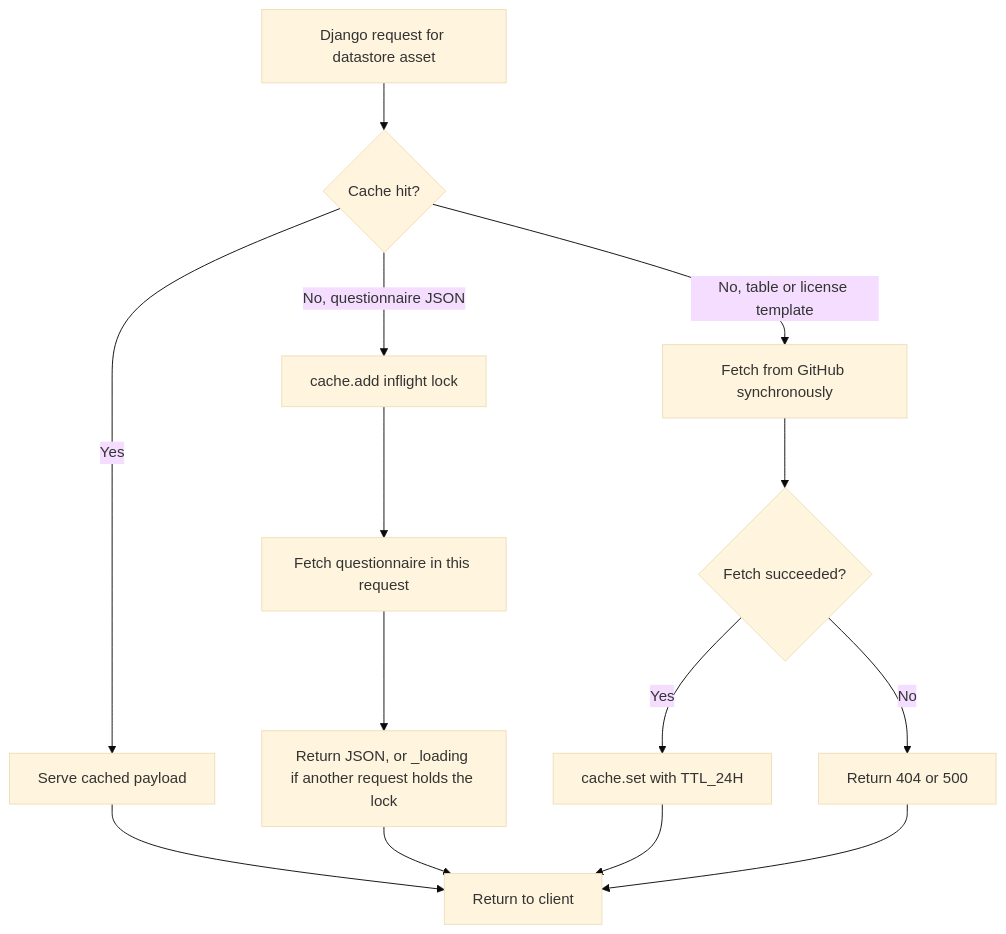
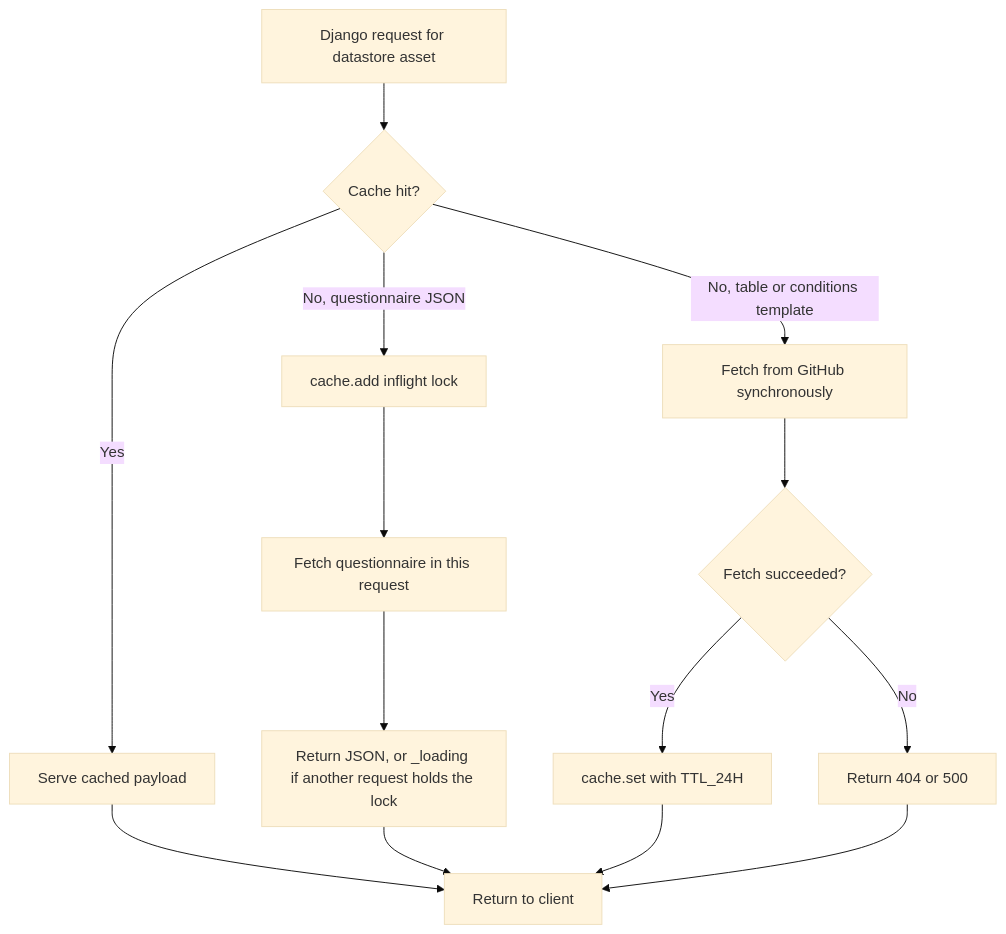
Before and after one commit to ClimateSmartAgCollab/DRT_Design_Document: the third of 5 diagrams in docs/cache-architecture.md, drawn with Mermaid (base theme). The commit also changed other lines of this file and 19 other files, not shown here.

````diff
--- a/docs/cache-architecture.md
+++ b/docs/cache-architecture.md
@@ -98,16 +98,16 @@
 ```mermaid
 flowchart TD
     A[Django request for datastore asset] --> B{Cache hit?}
     B -- Yes --> C[Serve cached payload]
     C --> Z[Return to client]
     B -- No, questionnaire JSON --> Q[cache.add inflight lock]
     Q --> Qfetch[Fetch questionnaire in this request]
     Qfetch --> Qresp[Return JSON, or _loading if another request holds the lock]
     Qresp --> Z
-    B -- No, table or license template --> D[Fetch from GitHub synchronously]
+    B -- No, table or conditions template --> D[Fetch from GitHub synchronously]
     D --> E{Fetch succeeded?}
     E -- Yes --> F[cache.set with TTL_24H]
     F --> Z
     E -- No --> G[Return 404 or 500]
     G --> Z
 ```
````
